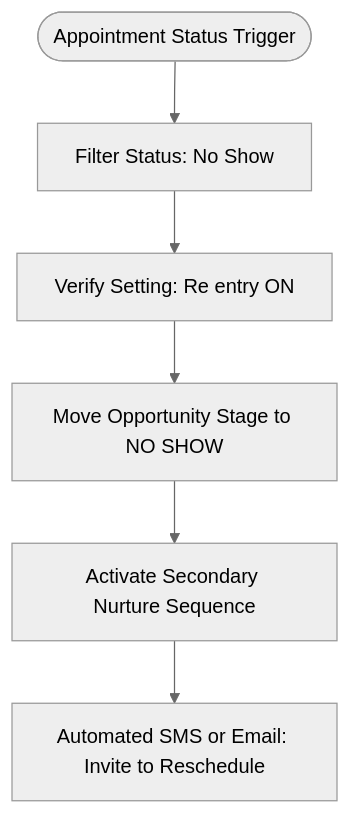
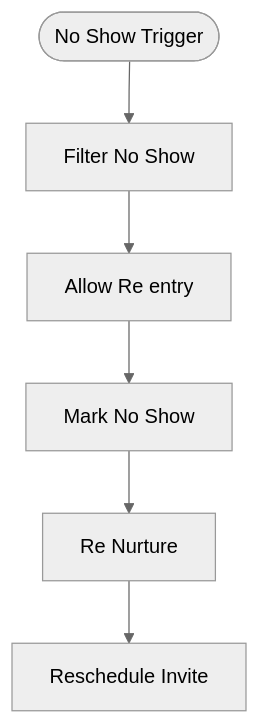
Before and after one commit to DerrickMits/ledger_article_site: the fifth of 5 diagrams in content/articles/high-performance-gohighlevel-workflows.md, drawn with Mermaid (neutral theme). The commit also changed other lines of this file, not shown here.

First line of the commit message:
Trim all mermaid node labels to max 3 words for perfect fit

````diff
--- a/content/articles/high-performance-gohighlevel-workflows.md
+++ b/content/articles/high-performance-gohighlevel-workflows.md
@@ -123,8 +123,8 @@
 ```mermaid
 flowchart TD
-    Trigger([Appointment Status Trigger]) --> Filter[Filter Status: No Show]
-    Filter --> ReEntry[Verify Setting: Re entry ON]
-    ReEntry --> Stage[Move Opportunity Stage to NO SHOW]
-    Stage --> Sequence[Activate Secondary Nurture Sequence]
-    Sequence --> SMS[Automated SMS or Email: Invite to Reschedule]
+    Trigger([No Show Trigger]) --> Filter[Filter No Show]
+    Filter --> ReEntry[Allow Re entry]
+    ReEntry --> Stage[Mark No Show]
+    Stage --> Sequence[Re Nurture]
+    Sequence --> SMS[Reschedule Invite]
 ```
````
